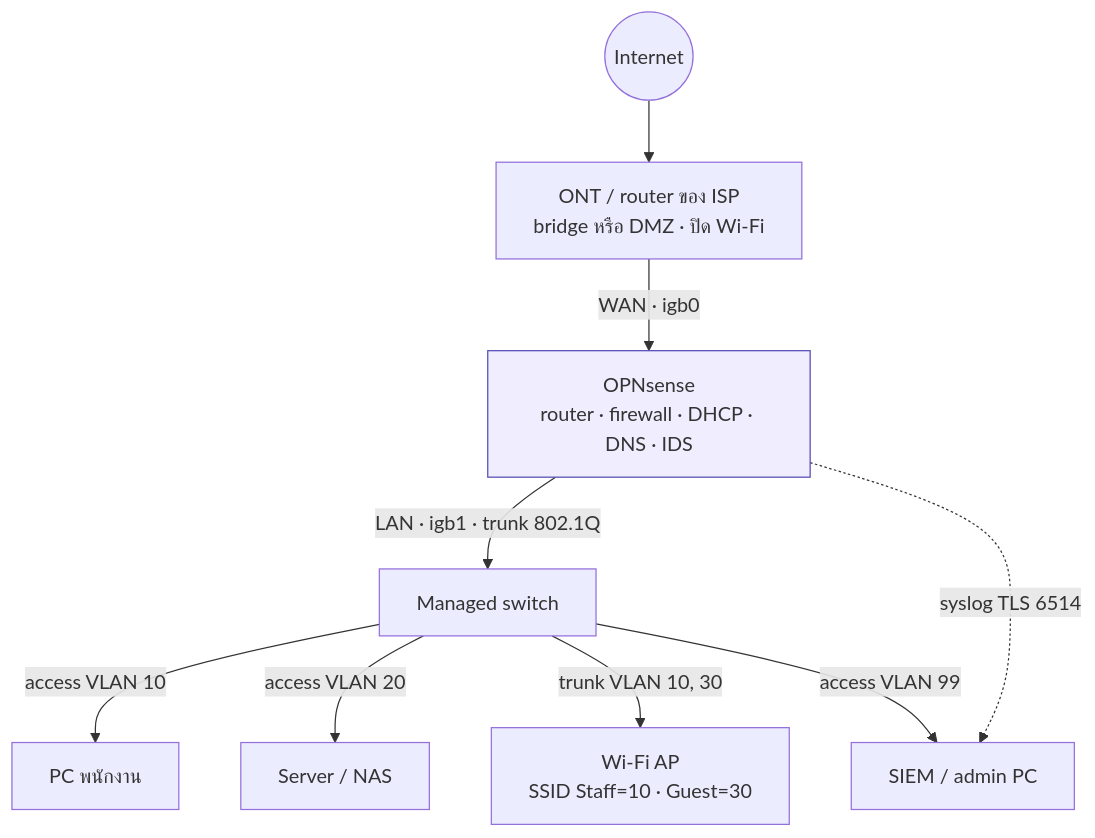
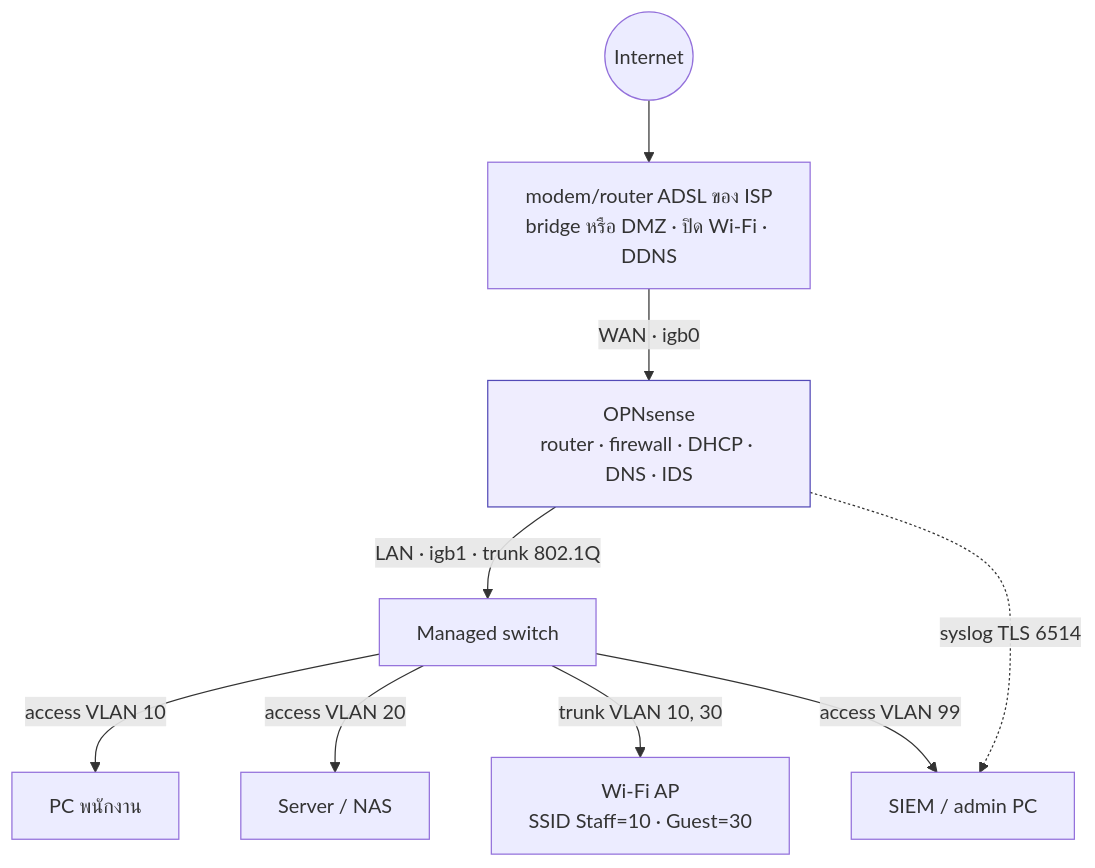
One commit to Rabcat-dome/siem-poc changed the first of 3 diagrams in docs/NETWORK-ARCHITECTURE.md. Above: the diagram before and after it, drawn with Mermaid. The commit also changed other lines of this file and 37 other files, not shown here.

````diff
--- a/docs/NETWORK-ARCHITECTURE.md
+++ b/docs/NETWORK-ARCHITECTURE.md
@@ -40,13 +40,13 @@
 ```mermaid
 flowchart TB
-  NET((Internet)) --> ONT["ONT / router ของ ISP<br/>bridge หรือ DMZ · ปิด Wi-Fi"]
+  NET((Internet)) --> ONT["modem/router ADSL ของ ISP<br/>bridge หรือ DMZ · ปิด Wi-Fi · DDNS"]
   ONT -->|"WAN · igb0"| FW["OPNsense<br/>router · firewall · DHCP · DNS · IDS"]
   FW -->|"LAN · igb1 · trunk 802.1Q"| SW["Managed switch"]
   SW -->|"access VLAN 10"| PC["PC พนักงาน"]
   SW -->|"access VLAN 20"| SRV["Server / NAS"]
   SW -->|"trunk VLAN 10, 30"| AP["Wi-Fi AP<br/>SSID Staff=10 · Guest=30"]
   SW -->|"access VLAN 99"| MGMT["SIEM / admin PC"]
   FW -. "syslog TLS 6514" .-> MGMT
   classDef focal fill:#efedfe,stroke:#534ab7
   class FW focal
 ```
````
